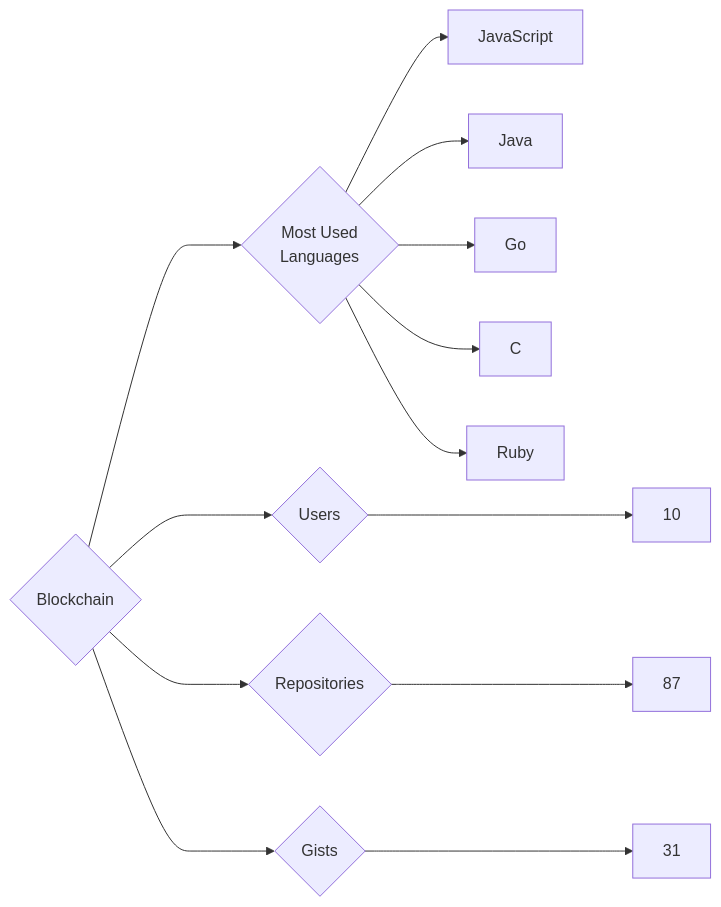
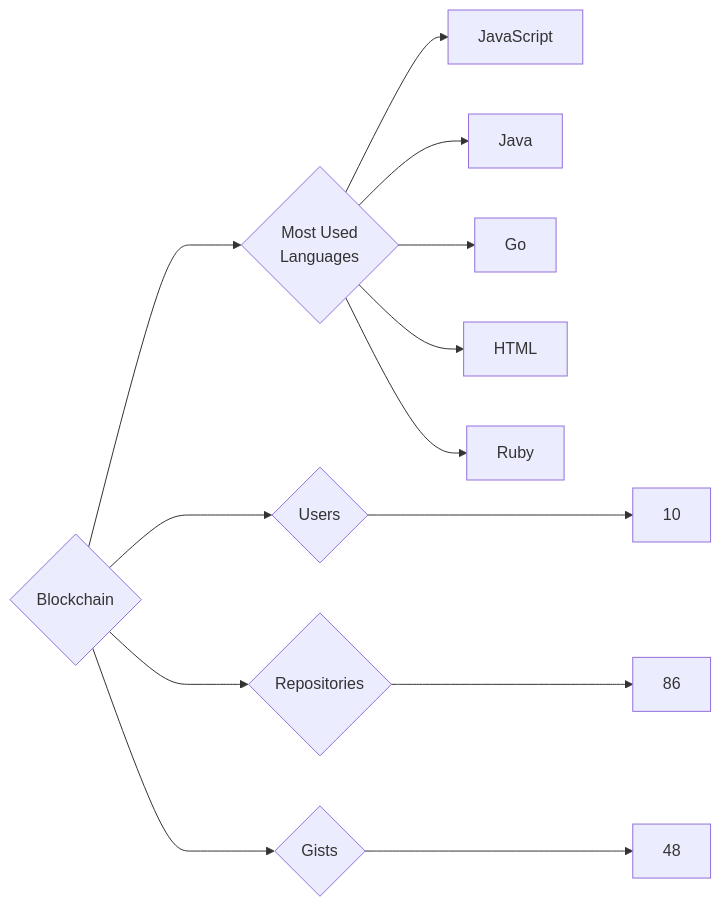
Before and after one commit to trickest/insiders: the diagram in targets/Blockchain/README.md, drawn with Mermaid. The commit also changed 1195 other files, not shown here.

````diff
--- a/targets/Blockchain/README.md
+++ b/targets/Blockchain/README.md
@@ -3,13 +3,13 @@
 ```mermaid
 graph LR
 COMPANY_NAME{Blockchain}
 COMPANY_NAME ---> U{Users} ---> UN[10]
-COMPANY_NAME ---> R{Repositories} ---> RN[87]
-COMPANY_NAME ---> G{Gists} ---> GN[31]
+COMPANY_NAME ---> R{Repositories} ---> RN[86]
+COMPANY_NAME ---> G{Gists} ---> GN[48]
 COMPANY_NAME ---> ML{Most Used<br>Languages}
 ML --> JavaScript[JavaScript]
 ML --> Java[Java]
 ML --> Go[Go]
-ML --> C[C]
+ML --> HTML[HTML]
 ML --> Ruby[Ruby]
 ```
````
